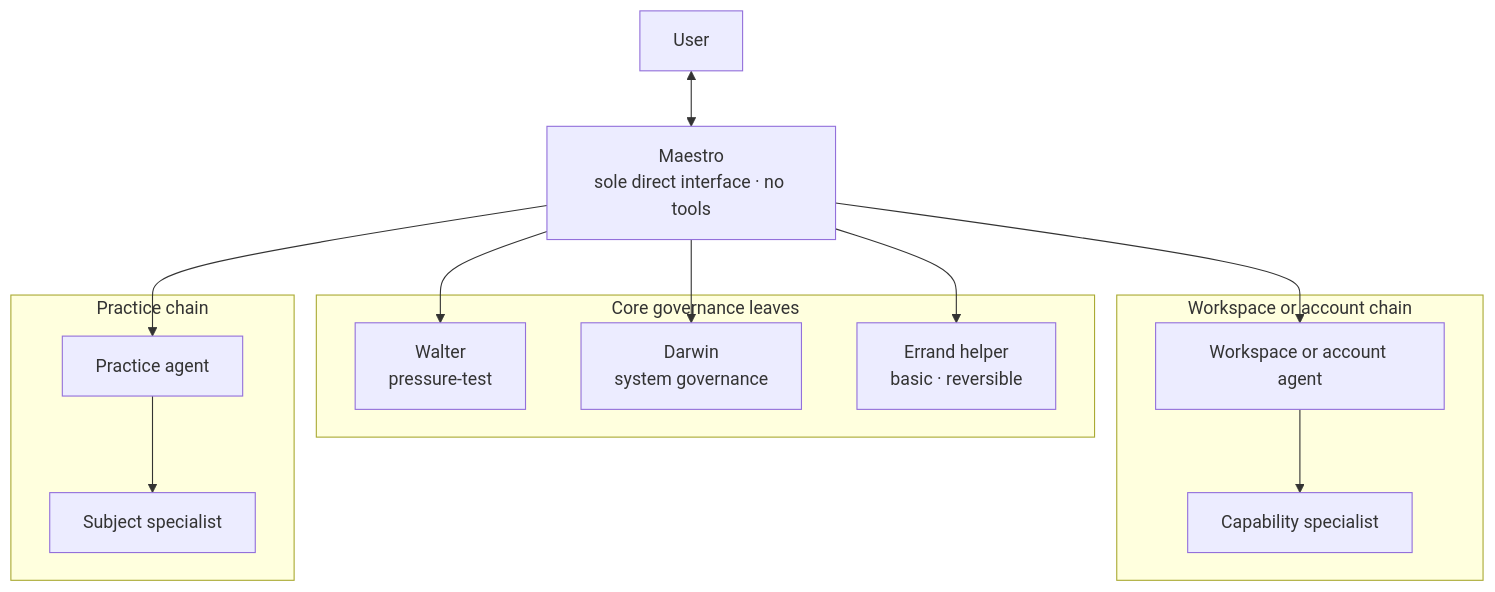
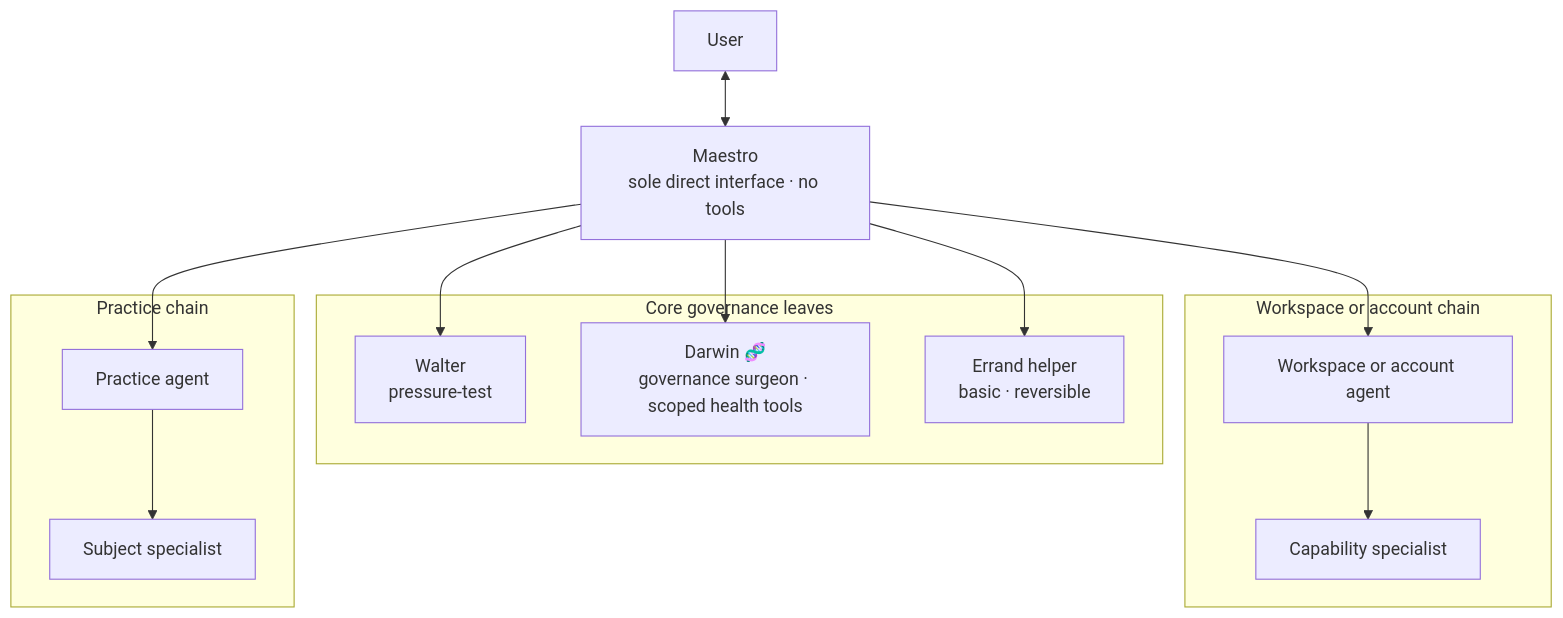
The first of 5 diagrams in docs/visualizations/maestro-agent-governance.md (agentic-os-brasil/bcg-brasil-agentic-os), drawn with Mermaid before and after one commit. The commit also changed other lines of this file and 26 other files, not shown here.

Commit message:
feat(darwin): add scoped operational surgeon and housekeeping path

````diff
--- a/docs/visualizations/maestro-agent-governance.md
+++ b/docs/visualizations/maestro-agent-governance.md
@@ -14,24 +16,24 @@
 ```mermaid
 flowchart TB
     User["User"] <--> Maestro["Maestro<br/>sole direct interface · no tools"]
 
     subgraph Core["Core governance leaves"]
         Walter["Walter<br/>pressure-test"]
-        Darwin["Darwin<br/>system governance"]
+        Darwin["Darwin 🧬<br/>governance surgeon · scoped health tools"]
         Errand["Errand helper<br/>basic · reversible"]
     end
 
     subgraph WorkspaceChain["Workspace or account chain"]
         Workspace["Workspace or account agent"] --> Capability["Capability specialist"]
     end
 
     subgraph PracticeChain["Practice chain"]
         Practice["Practice agent"] --> Subject["Subject specialist"]
     end
 
     Maestro --> Walter
     Maestro --> Darwin
     Maestro --> Errand
     Maestro --> Workspace
     Maestro --> Practice
 ```
````
